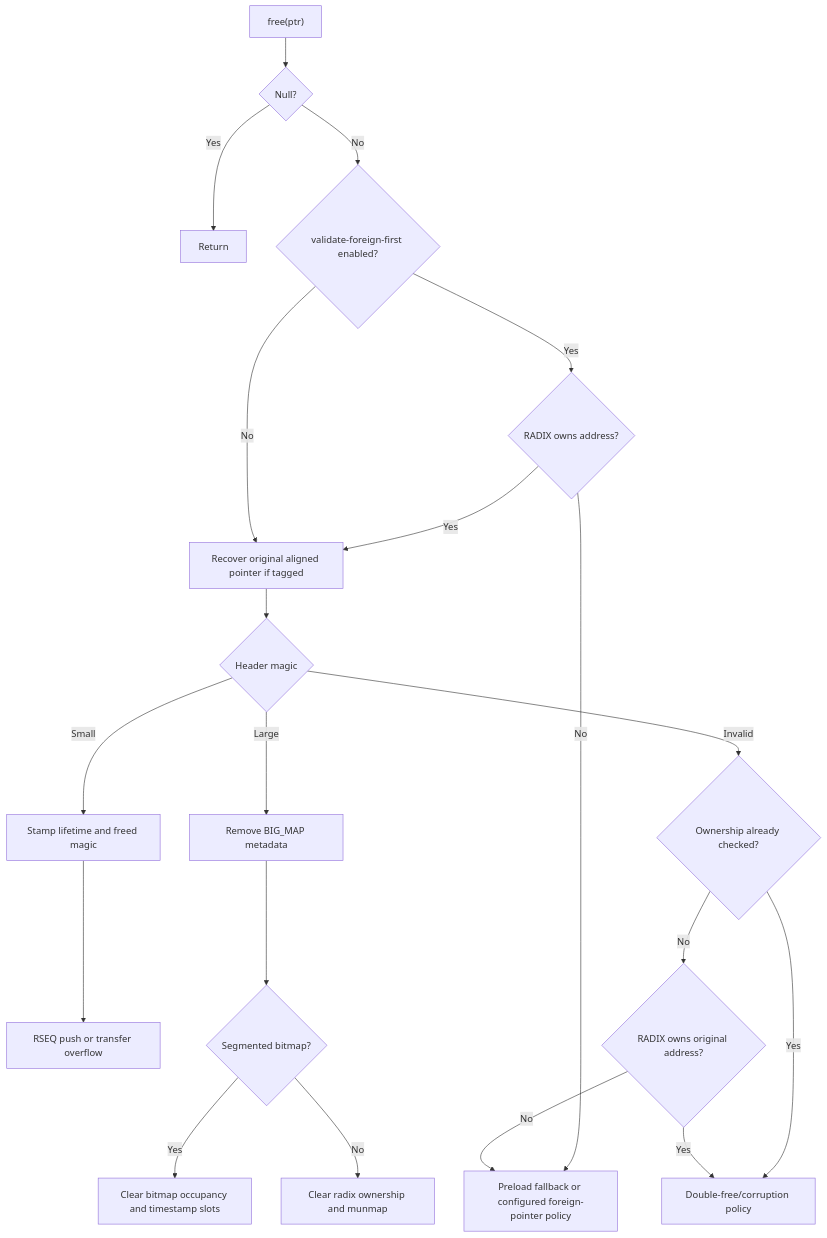
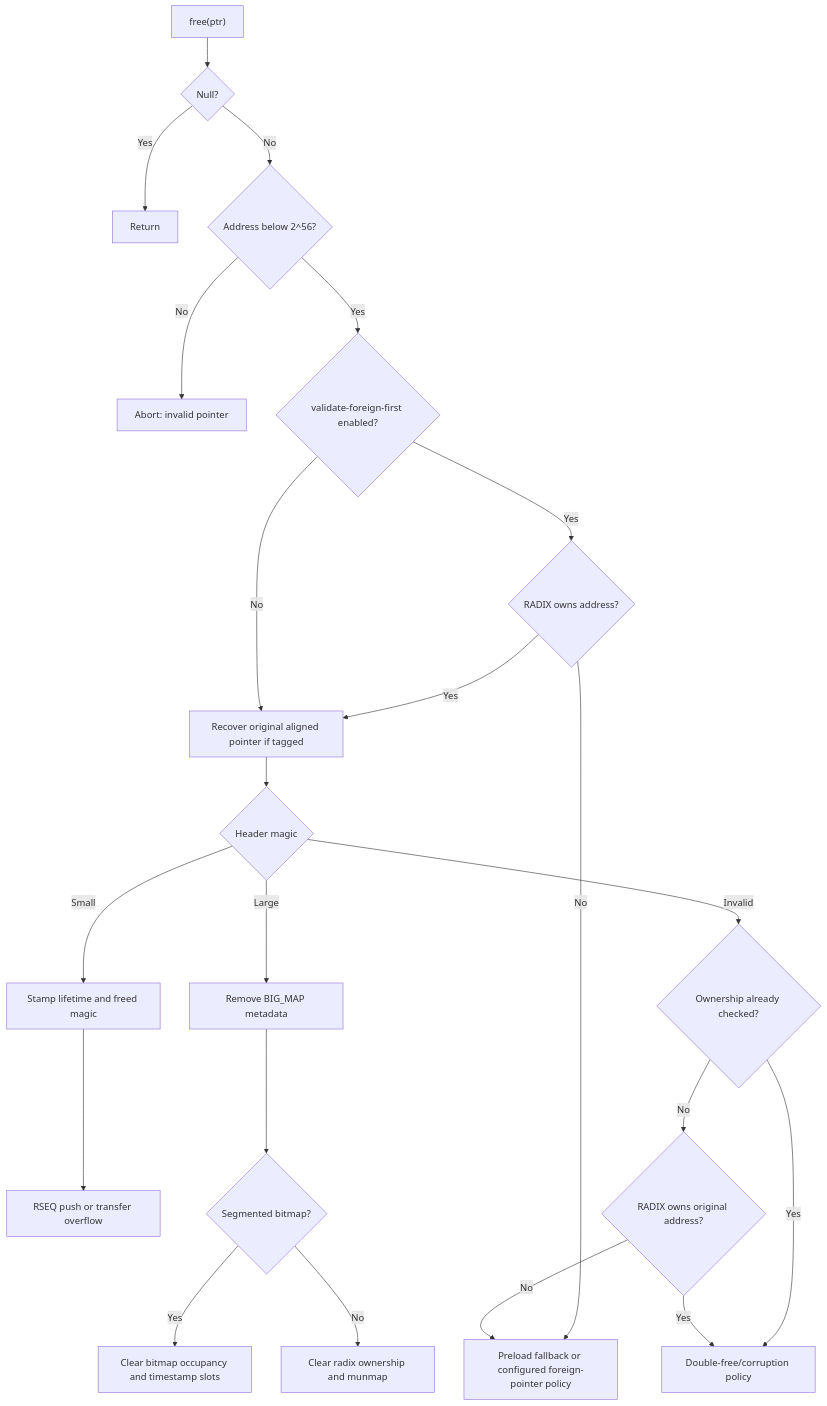
The third of 3 diagrams in ARCHITECTURE.md (Metehan120/rsmalloc), drawn with Mermaid before and after one commit. The commit also changed other lines of this file and 6 other files, not shown here.

````diff
--- a/ARCHITECTURE.md
+++ b/ARCHITECTURE.md
@@ -375,22 +409,24 @@
 ```mermaid
 flowchart TD
     PTR["free(ptr)"] --> NULL{"Null?"}
     NULL -- Yes --> DONE[Return]
-    NULL -- No --> FIRST{"validate-foreign-first enabled?"}
+    NULL -- No --> RANGE{"Address below 2^56?"}
+    RANGE -- No --> INVALID["Abort: invalid pointer"]
+    RANGE -- Yes --> FIRST{"validate-foreign-first enabled?"}
     FIRST -- Yes --> OWN{"RADIX owns address?"}
     OWN -- No --> FOREIGN["Preload fallback or configured foreign-pointer policy"]
     OWN -- Yes --> ALIGN["Recover original aligned pointer if tagged"]
     FIRST -- No --> ALIGN
     ALIGN --> MAGIC{"Header magic"}
     MAGIC -- Small --> AGE["Stamp lifetime and freed magic"]
     AGE --> PUSH["RSEQ push or transfer overflow"]
     MAGIC -- Large --> META["Remove BIG_MAP metadata"]
     META --> KIND{"Segmented bitmap?"}
     KIND -- Yes --> BFREE["Clear bitmap occupancy and timestamp slots"]
     KIND -- No --> UNMAP["Clear radix ownership and munmap"]
     MAGIC -- Invalid --> LATE{"Ownership already checked?"}
     LATE -- Yes --> ABORT["Double-free/corruption policy"]
     LATE -- No --> CHECK{"RADIX owns original address?"}
     CHECK -- Yes --> ABORT
     CHECK -- No --> FOREIGN
 ```
````
